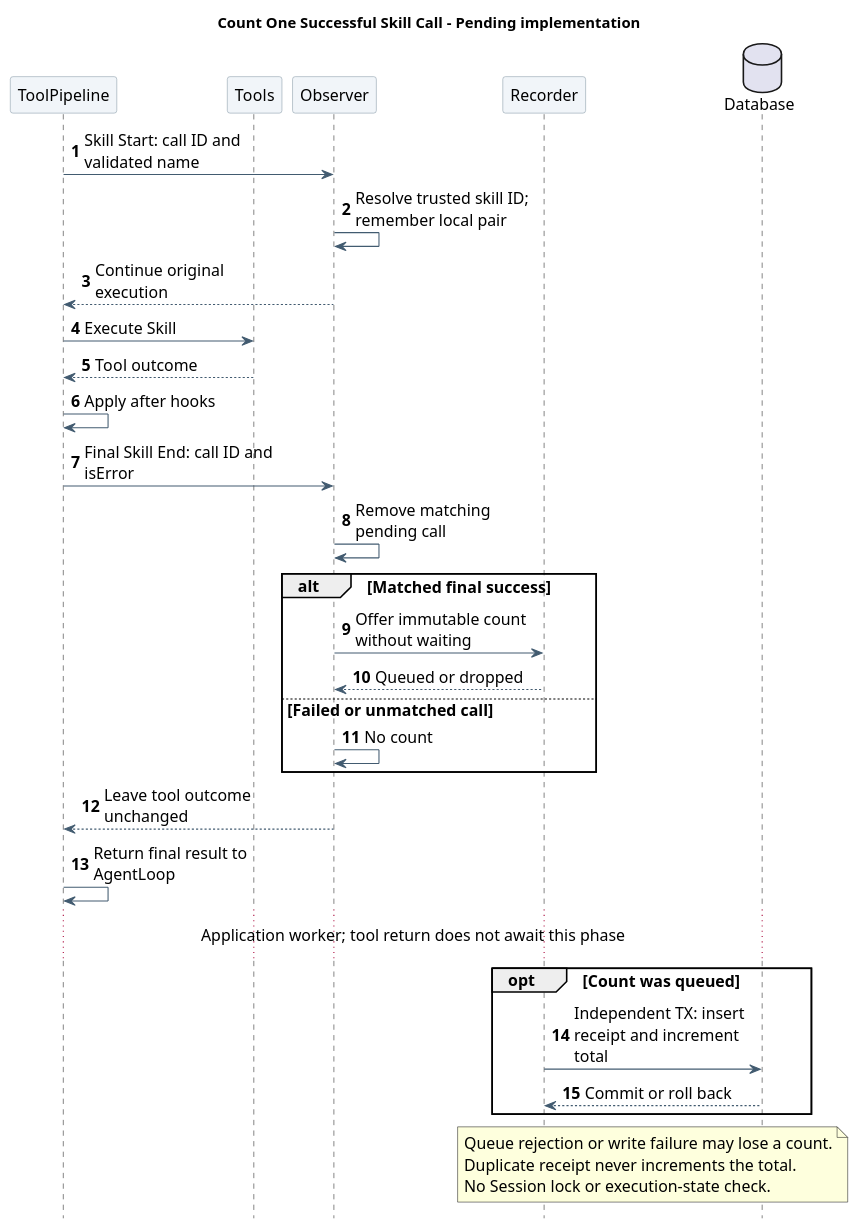
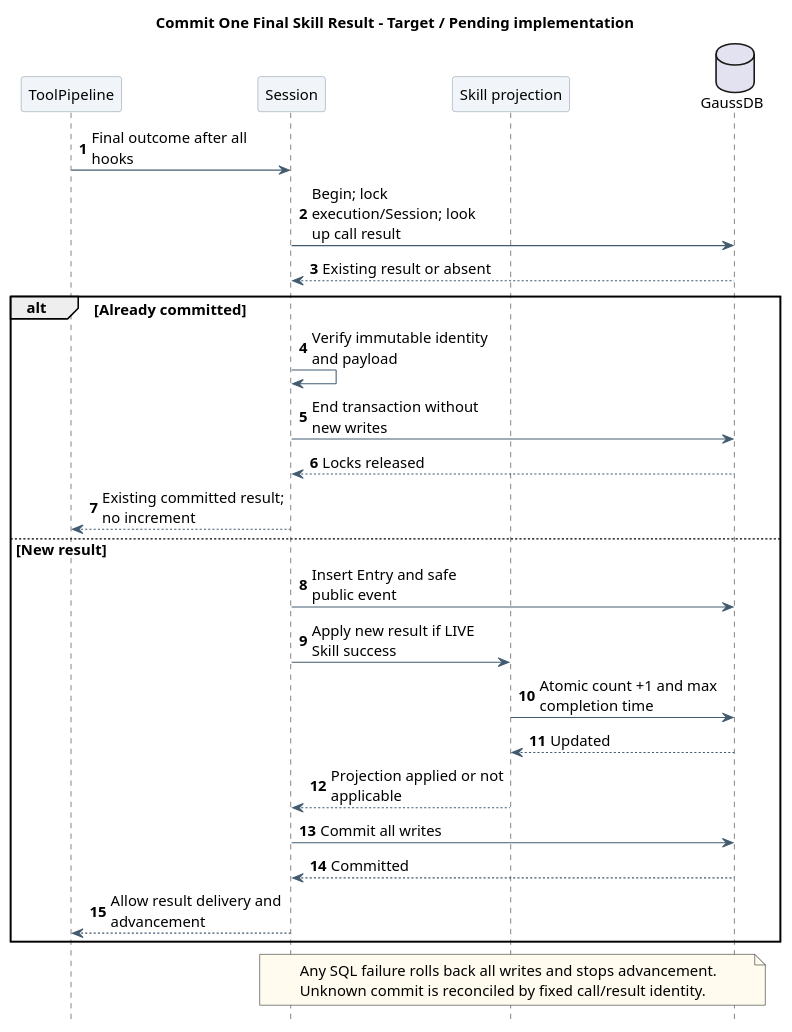
Before and after one commit to ssm0808/pi-mono-java-design: the second of 2 diagrams in 04-命令与技能/03-Skill加载统计/diagram.puml, drawn with PlantUML. The commit also changed other lines of this file and 36 other files, not shown here.

Commit message:
docs(runtime): 统一三入口完整历史并复用 Skill 结果统计

```diff
--- a/04-命令与技能/03-Skill加载统计/diagram.puml
+++ b/04-命令与技能/03-Skill加载统计/diagram.puml
@@ -98,54 +52,54 @@
 @startuml skill_usage_record
-' Source evidence: Java dad4433d38fcb4104bd8d093f844ea2afc9612ee
-' modules/agent-core/src/main/java/com/campusclaw/agent/tool/ToolExecutionPipeline.java execute
-' modules/agent-core/src/main/java/com/campusclaw/agent/loop/AgentLoop.java runInternal
-' modules/coding-agent-cli/src/main/java/com/campusclaw/codingagent/skill/usage/SkillUsageTracker.java skill/record
-' Source evidence: pi main 42a3497d03ad17e308a2299fa824727894f2c0ec packages/agent/src/agent-loop.ts finalizeExecutedToolCall/emitToolExecutionEnd
-' Observed behavior: final End follows after-hook processing; Java emits listeners synchronously.
-' Design reason: final success selects a count, bounded delivery separates tool completion from JDBC completion.
-' Presentation: execution and observation stage only; trusted resolution, validation and authorization have already completed.
-' Java divergence: bounded recorder and independent minimal receipt are Pending implementation.
-title Count One Successful Skill Call - Pending implementation
+' Source evidence: Java main 769e86592285f4a25b0febaf551eddea6bc7212c
+' modules/coding-agent-cli/src/main/java/com/campusclaw/codingagent/
+' runtimeapi/event/RuntimeExecutionCoordinator.java:start
+' runtimeapi/event/RuntimeEventProjector.java:project,persistToolResults
+' session/AgentSessionFactory.java:create
+' tool/agent/SubagentExecutionService.java:runChild
+' modules/agent-core/src/main/java/com/campusclaw/agent/tool/ToolExecutionPipeline.java:execute
+' Observed behavior: Runtime persists; direct Child/Cron factory calls do not share its appender.
+' Design reason: one durable host lifecycle and per-result commit; no statistics delivery pipeline.
 skinparam backgroundColor white
+skinparam defaultFontName SansSerif
+skinparam defaultFontSize 14
 skinparam shadowing false
-skinparam defaultFontName SansSerif
-skinparam defaultFontSize 15
-skinparam sequenceMessageAlign left
-skinparam maxMessageSize 190
+skinparam classAttributeIconSize 0
+skinparam ArrowColor #425B70
+skinparam classBackgroundColor #F1F5F9
+skinparam classBorderColor #8496A4
 skinparam sequenceParticipantBackgroundColor #F1F5F9
 skinparam sequenceParticipantBorderColor #8496A4
-skinparam sequenceArrowColor #425B70
+skinparam sequenceMessageAlign left
+skinparam maxMessageSize 175
+skinparam noteBackgroundColor #FFFBEF
+hide empty members
 hide footbox
 autonumber
-participant ToolPipeline as Pipeline
-participant Tools
-participant Observer
-participant Recorder
-database Database as DB
-Pipeline -> Observer : Skill Start: call ID and validated name
-Observer -> Observer : Resolve trusted skill ID; remember local pair
-Observer --> Pipeline : Continue original execution
-Pipeline -> Tools : Execute Skill
-Tools --> Pipeline : Tool outcome
-Pipeline -> Pipeline : Apply after hooks
-Pipeline -> Observer : Final Skill End: call ID and isError
-Observer -> Observer : Remove matching pending call
-alt Matched final success
-  Observer -> Recorder : Offer immutable count without waiting
-  Recorder --> Observer : Queued or dropped
-else Failed or unmatched call
-  Observer -> Observer : No count
+title Commit One Final Skill Result - Target / Pending implementation
+participant "ToolPipeline" as Pipeline
+participant "Session" as Session
+participant "Skill projection" as Stats
+database "GaussDB" as DB
+Pipeline -> Session : Final outcome after all hooks
+Session -> DB : Begin; lock execution/Session; look up call result
+DB --> Session : Existing result or absent
+alt Already committed
+  Session -> Session : Verify immutable identity and payload
+  Session -> DB : End transaction without new writes
+  DB --> Session : Locks released
+  Session --> Pipeline : Existing committed result; no increment
+else New result
+  Session -> DB : Insert Entry and safe public event
+  Session -> Stats : Apply new result if LIVE Skill success
+  Stats -> DB : Atomic count +1 and max completion time
+  DB --> Stats : Updated
+  Stats --> Session : Projection applied or not applicable
+  Session -> DB : Commit all writes
+  DB --> Session : Committed
+  Session --> Pipeline : Allow result delivery and advancement
 end
-Observer --> Pipeline : Leave tool outcome unchanged
-Pipeline -> Pipeline : Return final result to AgentLoop
-... Application worker; tool return does not await this phase ...
-opt Count was queued
-  Recorder -> DB : Independent TX: insert receipt and increment total
-  DB --> Recorder : Commit or roll back
-end
-note over Recorder,DB
-  Queue rejection or write failure may lose a count.
-  Duplicate receipt never increments the total.
-  No Session lock or execution-state check.
+note over Session,DB
+  Any SQL failure rolls back all writes and stops advancement.
+  Unknown commit is reconciled by fixed call/result identity.
 end note
 @enduml
```
